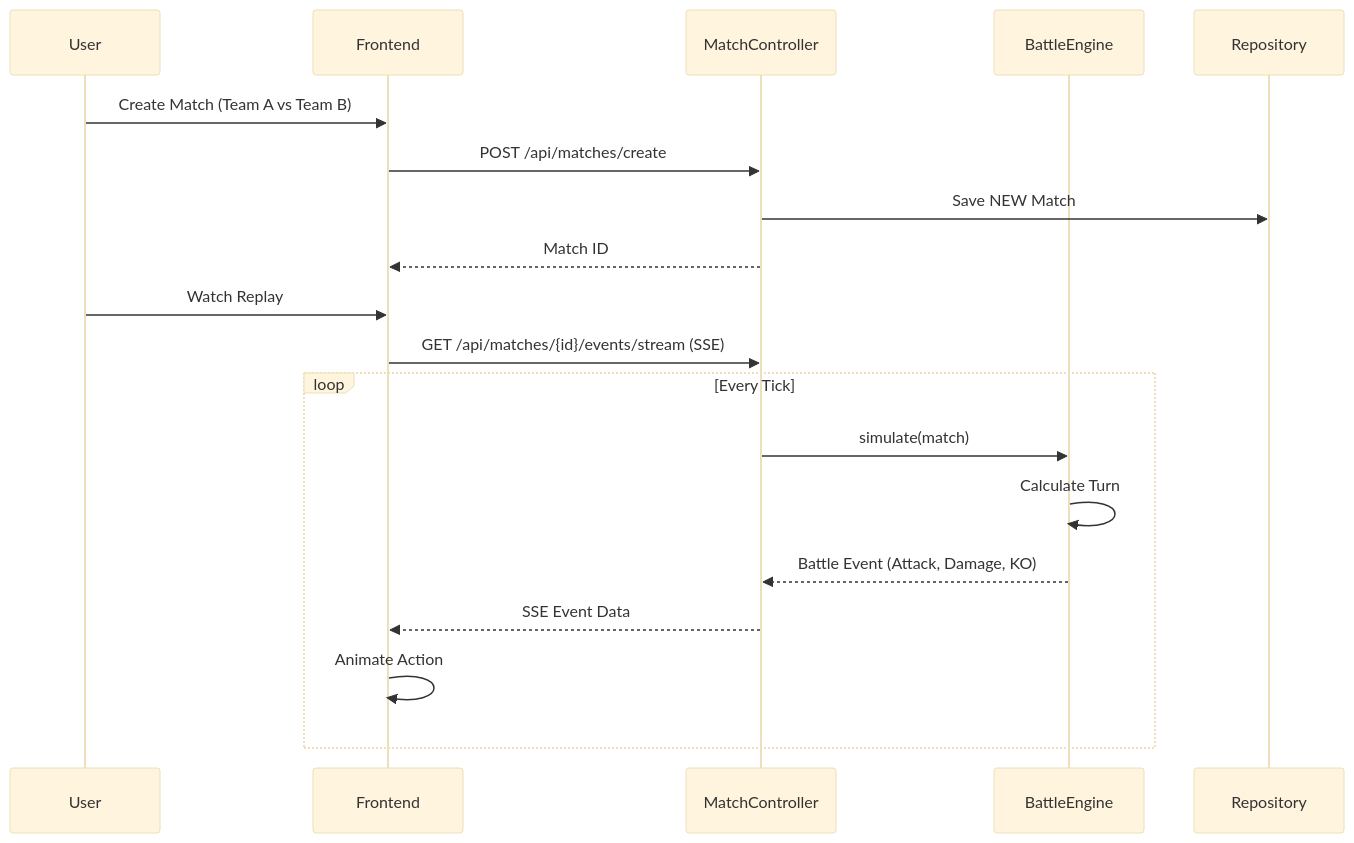
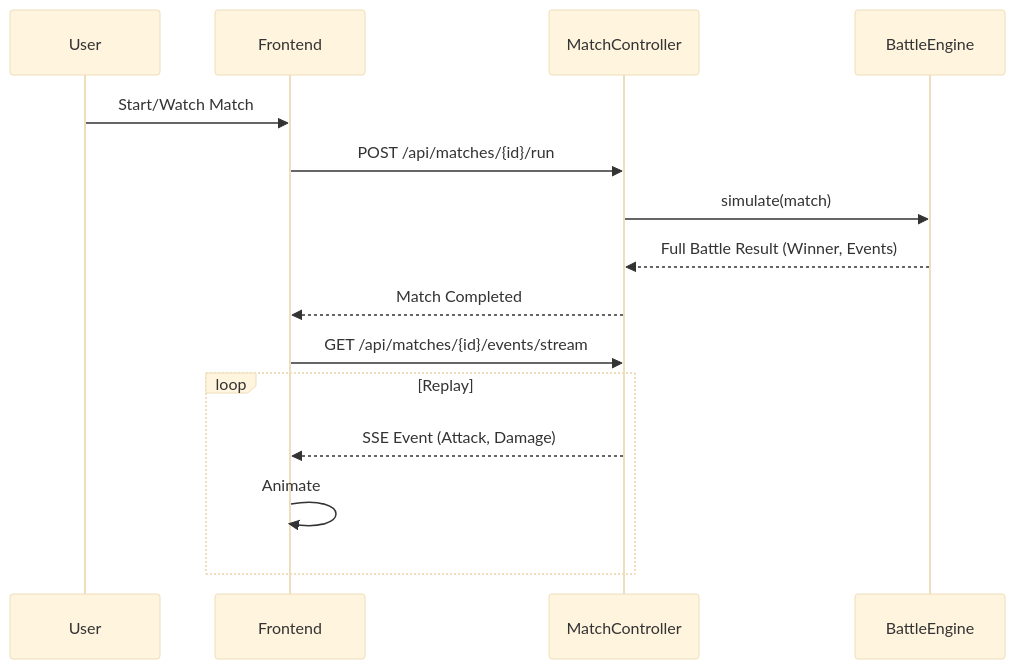
The fourth of 5 diagrams in README.md (anyulled/superhero-battle-arena), drawn with Mermaid (base theme) before and after one commit. The commit also changed other lines of this file and 37 other files, not shown here.

````diff
--- a/README.md
+++ b/README.md
@@ -57,24 +96,19 @@
 ```mermaid
 sequenceDiagram
     participant U as User
     participant F as Frontend
-    participant C as MatchController
+    participant MC as MatchController
     participant E as BattleEngine
-    participant R as Repository
 
-    U->>F: Create Match (Team A vs Team B)
-    F->>C: POST /api/matches/create
-    C->>R: Save NEW Match
-    C-->>F: Match ID
+    U->>F: Start/Watch Match
+    F->>MC: POST /api/matches/{id}/run
+    MC->>E: simulate(match)
+    E-->>MC: Full Battle Result (Winner, Events)
+    MC-->>F: Match Completed
     
-    U->>F: Watch Replay
-    F->>C: GET /api/matches/{id}/events/stream (SSE)
-    
-    loop Every Tick
-        C->>E: simulate(match)
-        E->>E: Calculate Turn
-        E-->>C: Battle Event (Attack, Damage, KO)
-        C-->>F: SSE Event Data
-        F->>F: Animate Action
+    F->>MC: GET /api/matches/{id}/events/stream
+    loop Replay
+        MC-->>F: SSE Event (Attack, Damage)
+        F->>F: Animate
     end
 ```
````
